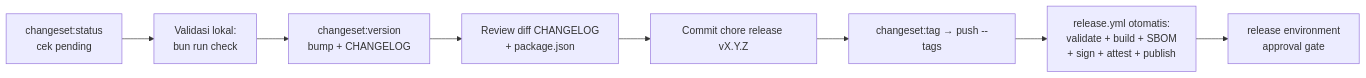
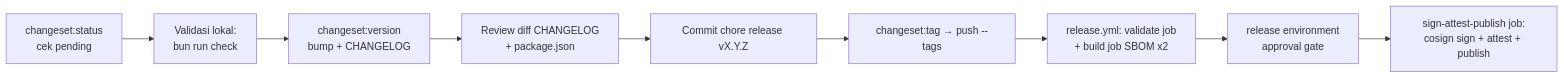
One commit to ahliweb/awcms-mini changed the diagram in .claude/skills/awcms-mini-release/SKILL.md. Above: the diagram before and after it, drawn with Mermaid. The commit also changed other lines of this file and 6 other files, not shown here.

````diff
--- a/.claude/skills/awcms-mini-release/SKILL.md
+++ b/.claude/skills/awcms-mini-release/SKILL.md
@@ -12,10 +12,11 @@
 ```mermaid
 flowchart LR
   A[changeset:status<br/>cek pending] --> B[Validasi lokal:<br/>bun run check]
   B --> C[changeset:version<br/>bump + CHANGELOG]
   C --> D[Review diff CHANGELOG<br/>+ package.json]
   D --> E[Commit chore release vX.Y.Z]
   E --> F[changeset:tag → push --tags]
-  F --> G[release.yml otomatis:<br/>validate + build + SBOM<br/>+ sign + attest + publish]
+  F --> G[release.yml: validate job<br/>+ build job SBOM x2]
   G --> H[release environment<br/>approval gate]
+  H --> I[sign-attest-publish job:<br/>cosign sign + attest + publish]
 ```
````
